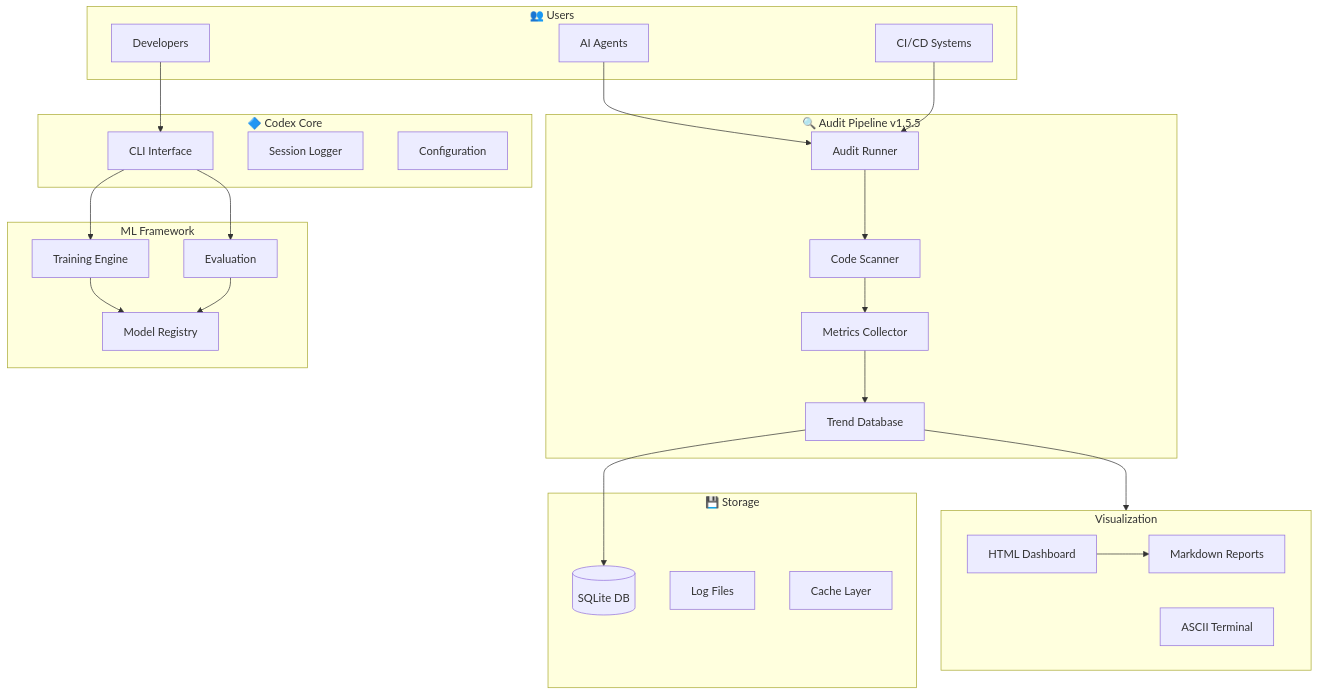
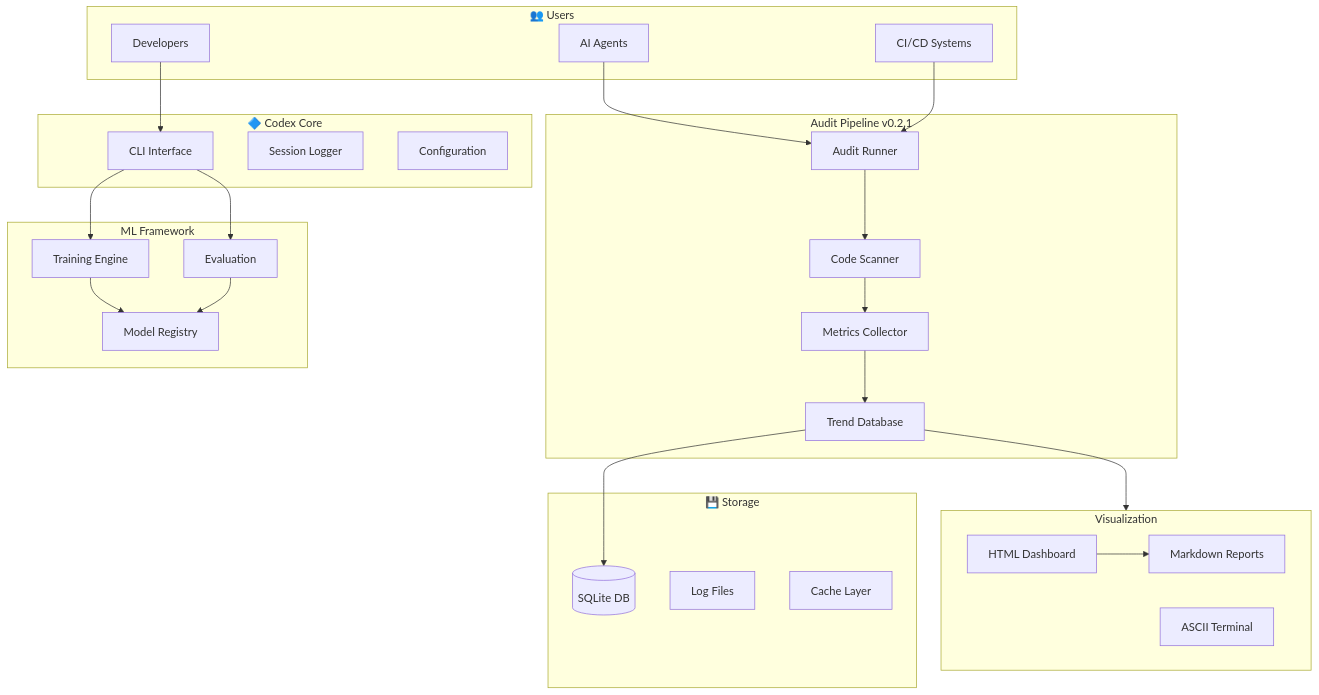
One commit to Aries-Serpent/_codex_ changed the diagram in docs/ARCHITECTURE_BLUEPRINT.md. Above: the diagram before and after it, drawn with Mermaid. The commit also changed other lines of this file and 1989 other files, not shown here.

````diff
--- a/docs/ARCHITECTURE_BLUEPRINT.md
+++ b/docs/ARCHITECTURE_BLUEPRINT.md
@@ -229,59 +229,59 @@
 ```mermaid
 %%{init: {'accessibility': {'title': 'Flowchart showing "👥 Users", Developers'}}%%
 flowchart TB
     subgraph Users["👥 Users"]
         Dev[Developers]
         Agent[AI Agents]
         CI[CI/CD Systems]
     end
 
     subgraph Core["🔷 Codex Core"]
         CLI[CLI Interface]
         Logging[Session Logger]
         Config[Configuration]
     end
 
-    subgraph Pipeline["🔍 Audit Pipeline v1.5.5"]
+    subgraph Pipeline[" Audit Pipeline v0.2.1"]
         Runner[Audit Runner]
         Scanner[Code Scanner]
         Metrics[Metrics Collector]
         Trends[Trend Database]
     end
 
     subgraph ML[" ML Framework"]
         Training[Training Engine]
         Eval[Evaluation]
         Models[Model Registry]
     end
 
     subgraph Viz[" Visualization"]
         Dashboard[HTML Dashboard]
         Terminal[ASCII Terminal]
         Reports[Markdown Reports]
     end
 
     subgraph Storage["💾 Storage"]
         SQLite[(SQLite DB)]
         Logs[Log Files]
         Cache[Cache Layer]
     end
 
     Dev --> CLI
     Agent --> Runner
     CI --> Runner
 
     CLI --> Training
     CLI --> Eval
 
     Runner --> Scanner
     Scanner --> Metrics
     Metrics --> Trends
 
     Trends --> SQLite
     Trends --> Viz
 
     Training --> Models
     Eval --> Models
 
     Dashboard --> Reports
 ```
````
